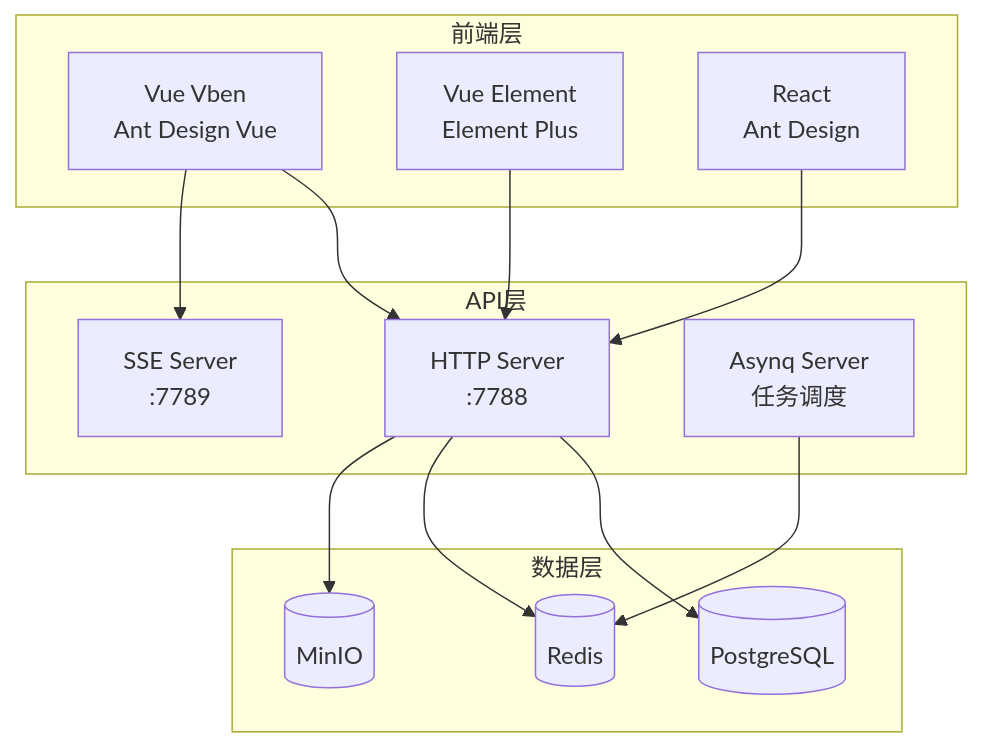
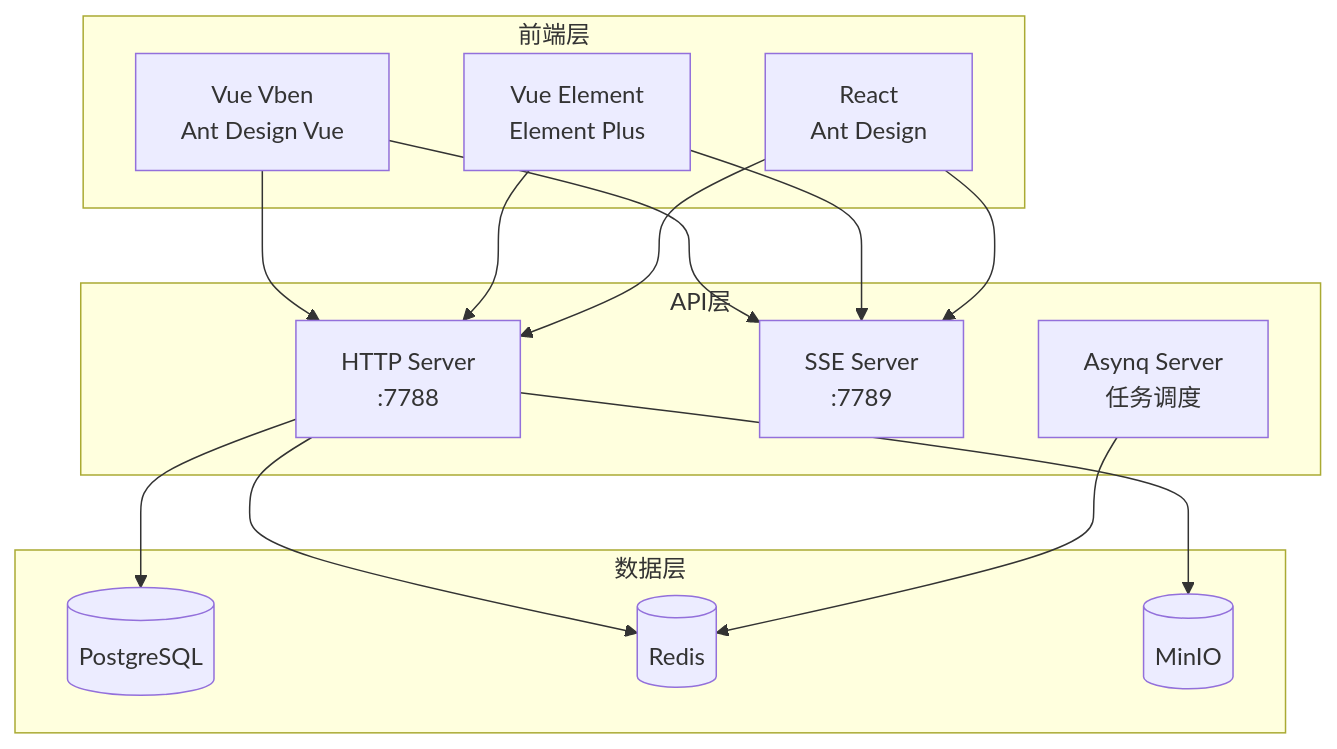
Before and after one commit to tx7do/gowind-website: the first of 2 diagrams in docs/admin/intro.md, drawn with Mermaid. The commit also changed other lines of this file and 4 other files, not shown here.

````diff
--- a/docs/admin/intro.md
+++ b/docs/admin/intro.md
@@ -37,26 +37,28 @@
 ```mermaid
 graph TB
     subgraph 前端层
         V["Vue Vben<br/>Ant Design Vue"]
         E["Vue Element<br/>Element Plus"]
         R["React<br/>Ant Design"]
     end
     subgraph API层
         HTTP["HTTP Server<br/>:7788"]
         SSE["SSE Server<br/>:7789"]
         ASYNQ["Asynq Server<br/>任务调度"]
     end
     subgraph 数据层
         DB[("PostgreSQL")]
         REDIS[("Redis")]
         OSS[("MinIO")]
     end
     V --> HTTP
     E --> HTTP
     R --> HTTP
     V --> SSE
+    E --> SSE
+    R --> SSE
     HTTP --> DB
     HTTP --> REDIS
     HTTP --> OSS
     ASYNQ --> REDIS
 ```
````
